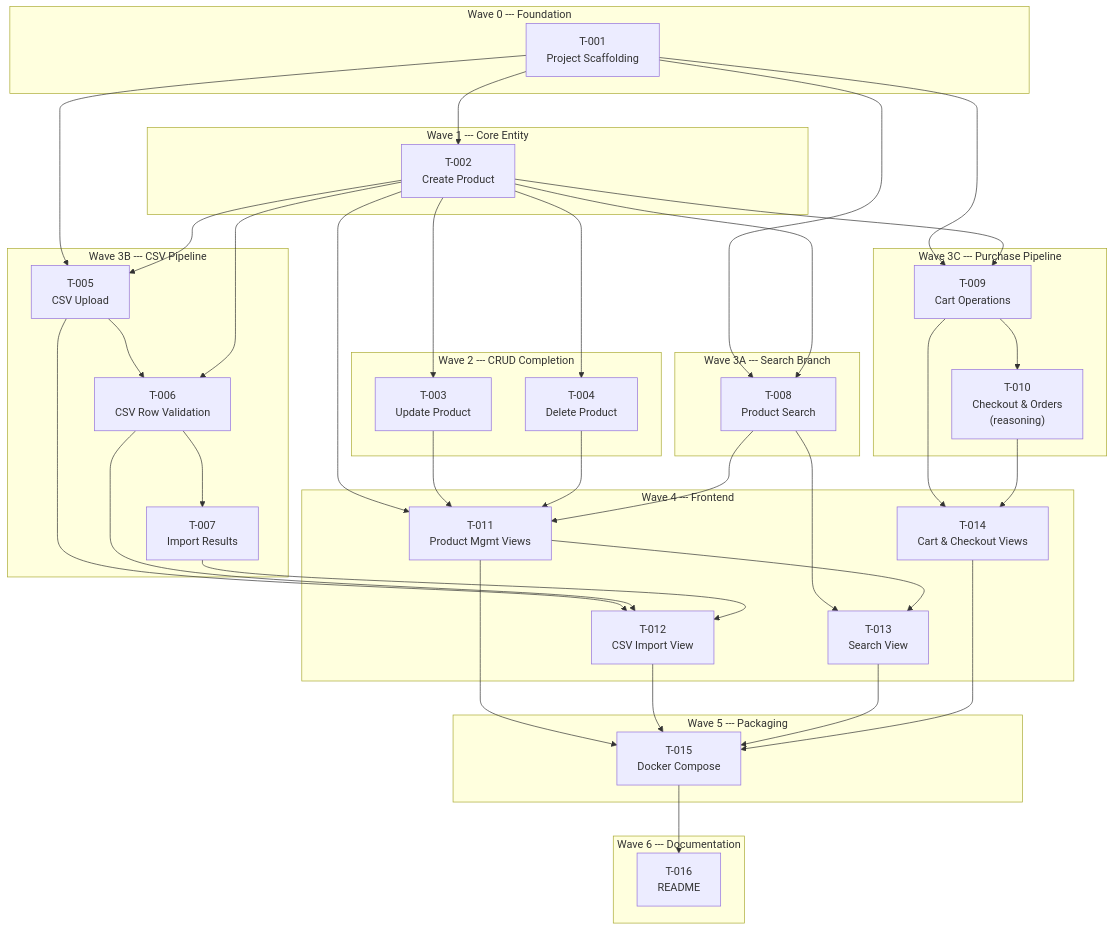
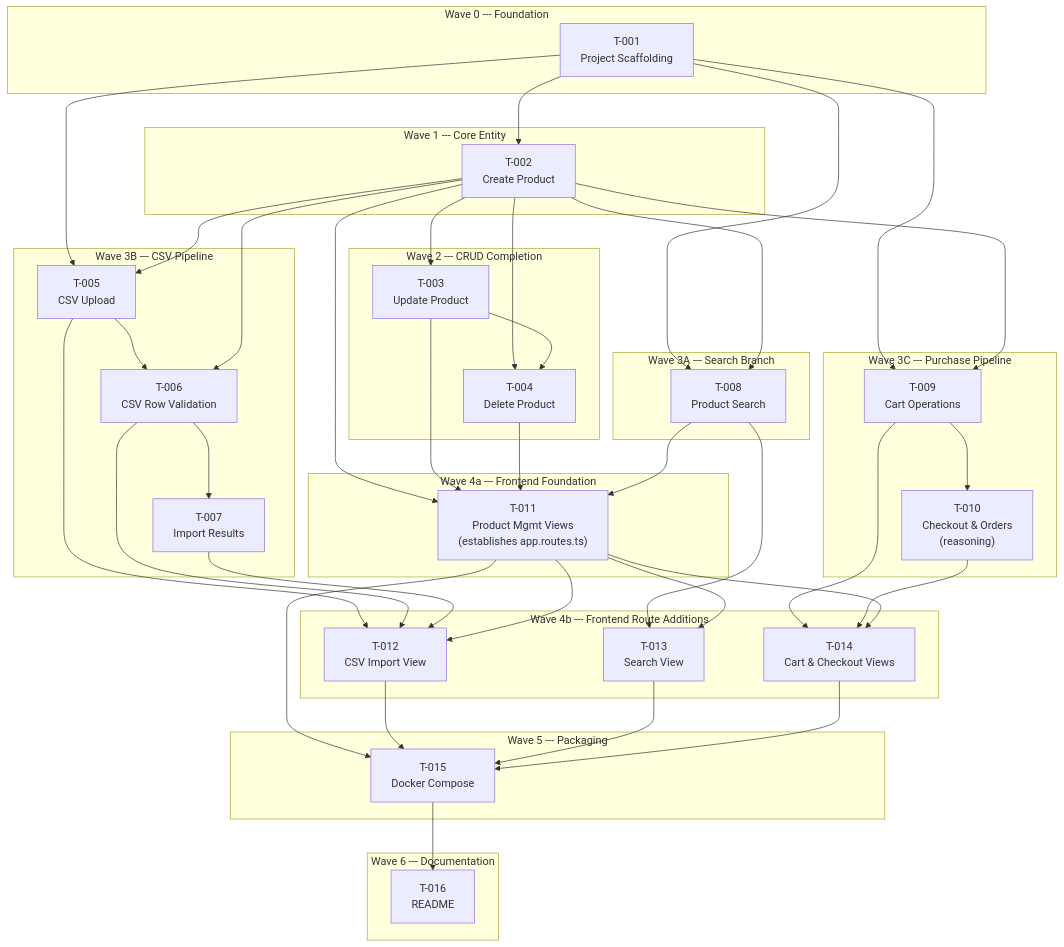
Before and after one commit to virgenherrera/GILA_SOFTWARE_CHALLENGE: the diagram in docs/subtasks/batch-1-plan.md, drawn with Mermaid. The commit also changed other lines of this file and 39 other files, not shown here.

````diff
--- a/docs/subtasks/batch-1-plan.md
+++ b/docs/subtasks/batch-1-plan.md
@@ -54,75 +64,81 @@
 ```mermaid
 graph TD
     subgraph "Wave 0 --- Foundation"
         T001["T-001\nProject Scaffolding"]
     end
 
     subgraph "Wave 1 --- Core Entity"
         T002["T-002\nCreate Product"]
     end
 
     subgraph "Wave 2 --- CRUD Completion"
         T003["T-003\nUpdate Product"]
         T004["T-004\nDelete Product"]
     end
 
     subgraph "Wave 3A --- Search Branch"
         T008["T-008\nProduct Search"]
     end
 
     subgraph "Wave 3B --- CSV Pipeline"
         T005["T-005\nCSV Upload"]
         T006["T-006\nCSV Row Validation"]
         T007["T-007\nImport Results"]
     end
 
     subgraph "Wave 3C --- Purchase Pipeline"
         T009["T-009\nCart Operations"]
         T010["T-010\nCheckout & Orders\n(reasoning)"]
     end
 
-    subgraph "Wave 4 --- Frontend"
-        T011["T-011\nProduct Mgmt Views"]
+    subgraph "Wave 4a --- Frontend Foundation"
+        T011["T-011\nProduct Mgmt Views\n(establishes app.routes.ts)"]
+    end
+
+    subgraph "Wave 4b --- Frontend Route Additions"
         T012["T-012\nCSV Import View"]
         T013["T-013\nSearch View"]
         T014["T-014\nCart & Checkout Views"]
     end
 
     subgraph "Wave 5 --- Packaging"
         T015["T-015\nDocker Compose"]
     end
 
     subgraph "Wave 6 --- Documentation"
         T016["T-016\nREADME"]
     end
 
     T001 --> T002
     T002 --> T003
     T002 --> T004
+    T003 --> T004
     T001 --> T008
     T002 --> T008
     T001 --> T005
     T002 --> T005
     T005 --> T006
     T002 --> T006
     T006 --> T007
     T001 --> T009
     T002 --> T009
     T009 --> T010
     T002 --> T011
     T003 --> T011
     T004 --> T011
     T008 --> T011
     T005 --> T012
     T006 --> T012
     T007 --> T012
+    T011 --> T012
     T008 --> T013
     T011 --> T013
     T009 --> T014
     T010 --> T014
+    T011 --> T014
     T011 --> T015
     T012 --> T015
     T013 --> T015
     T014 --> T015
     T015 --> T016
 ```
````
